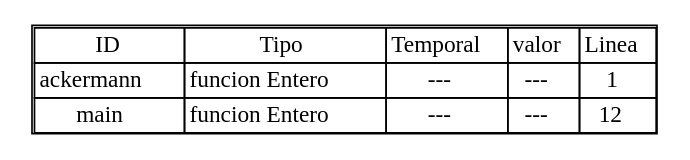
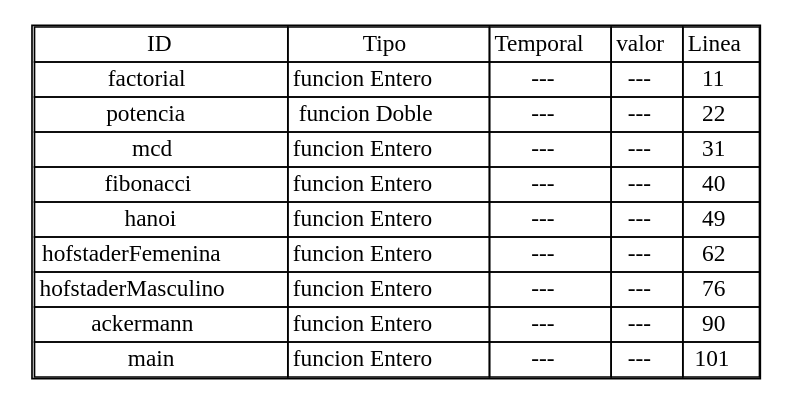
Before and after one commit to carlosE17/OLC2P2Junio2020: the diagram in reporteTs_minorC.dot, drawn with Graphviz. The commit also changed 17 other files, not shown here.

```diff
--- a/reporteTs_minorC.dot
+++ b/reporteTs_minorC.dot
@@ -1,8 +1,8 @@
 digraph {
 node0 [    shape=plaintext
     label=<
 
       <table cellspacing='0'>
       <tr><td>ID</td><td>Tipo</td><td>Temporal</td><td>valor</td><td>Linea</td></tr>
-<tr> <td> ackermann</td><td> funcion Entero </td><td> --- </td><td> --- </td><td> 1</td> </tr><tr> <td> main</td><td> funcion Entero </td><td> --- </td><td> --- </td><td> 12</td> </tr>    </table>
+<tr> <td> factorial</td><td> funcion Entero </td><td> --- </td><td> --- </td><td> 11</td> </tr><tr> <td> potencia</td><td> funcion Doble </td><td> --- </td><td> --- </td><td> 22</td> </tr><tr> <td> mcd</td><td> funcion Entero </td><td> --- </td><td> --- </td><td> 31</td> </tr><tr> <td> fibonacci</td><td> funcion Entero </td><td> --- </td><td> --- </td><td> 40</td> </tr><tr> <td> hanoi</td><td> funcion Entero </td><td> --- </td><td> --- </td><td> 49</td> </tr><tr> <td> hofstaderFemenina</td><td> funcion Entero </td><td> --- </td><td> --- </td><td> 62</td> </tr><tr> <td> hofstaderMasculino</td><td> funcion Entero </td><td> --- </td><td> --- </td><td> 76</td> </tr><tr> <td> ackermann</td><td> funcion Entero </td><td> --- </td><td> --- </td><td> 90</td> </tr><tr> <td> main</td><td> funcion Entero </td><td> --- </td><td> --- </td><td> 101</td> </tr>    </table>
 >];}
```
